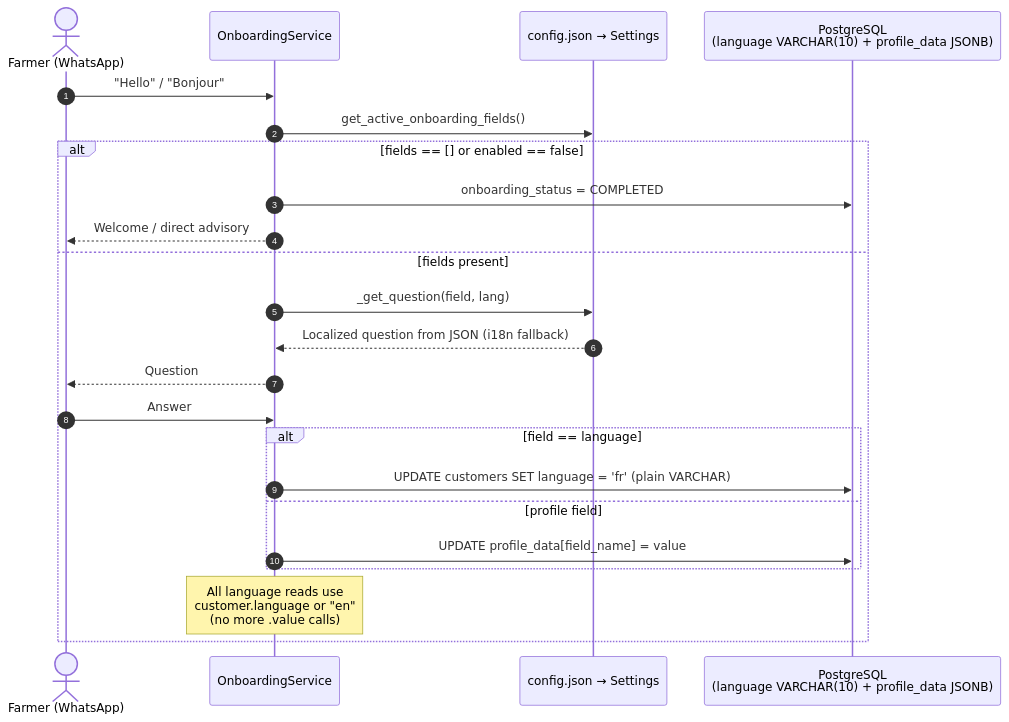
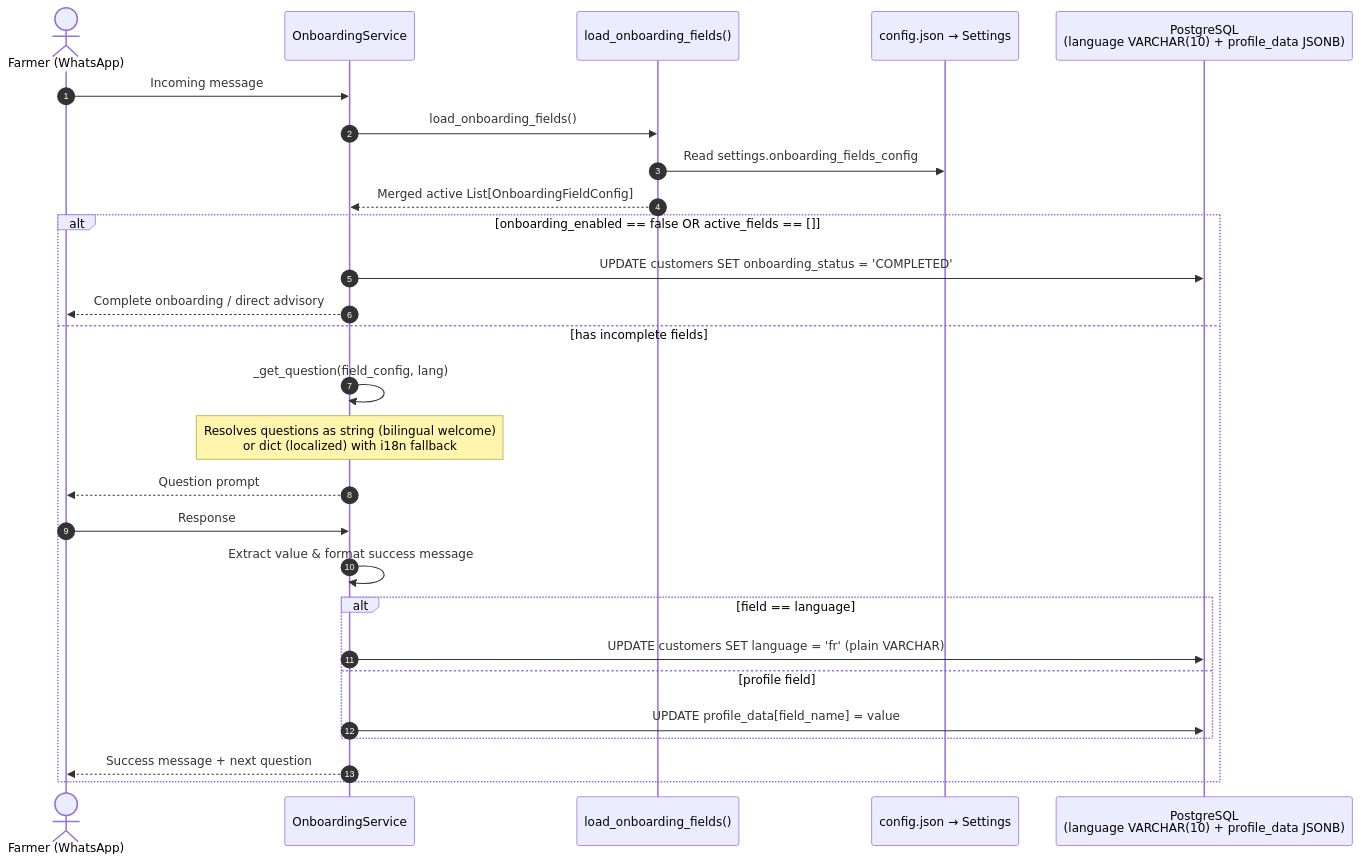
One commit to akvo/agriconnect changed the diagram in docs/CONFIGURABLE_ONBOARDING_QUESTIONS.md. Above: the diagram before and after it, drawn with Mermaid. The commit also changed other lines of this file, not shown here.

Commit message:
[#185] docs(onboarding): update configurable onboarding questions and JSON schema spec

````diff
--- a/docs/CONFIGURABLE_ONBOARDING_QUESTIONS.md
+++ b/docs/CONFIGURABLE_ONBOARDING_QUESTIONS.md
@@ -54,26 +224,31 @@
 ```mermaid
 sequenceDiagram
     autonumber
     actor Farmer as Farmer (WhatsApp)
     participant OS as OnboardingService
+    participant Loader as load_onboarding_fields()
     participant Cfg as config.json → Settings
     participant DB as PostgreSQL<br/>(language VARCHAR(10) + profile_data JSONB)
 
-    Farmer->>OS: "Hello" / "Bonjour"
-    OS->>Cfg: get_active_onboarding_fields()
-    alt fields == [] or enabled == false
-        OS->>DB: onboarding_status = COMPLETED
-        OS-->>Farmer: Welcome / direct advisory
-    else fields present
-        OS->>Cfg: _get_question(field, lang)
-        Cfg-->>OS: Localized question from JSON (i18n fallback)
-        OS-->>Farmer: Question
-        Farmer->>OS: Answer
+    Farmer->>OS: Incoming message
+    OS->>Loader: load_onboarding_fields()
+    Loader->>Cfg: Read settings.onboarding_fields_config
+    Loader-->>OS: Merged active List[OnboardingFieldConfig]
+
+    alt onboarding_enabled == false OR active_fields == []
+        OS->>DB: UPDATE customers SET onboarding_status = 'COMPLETED'
+        OS-->>Farmer: Complete onboarding / direct advisory
+    else has incomplete fields
+        OS->>OS: _get_question(field_config, lang)
+        Note over OS: Resolves questions as string (bilingual welcome)<br/>or dict (localized) with i18n fallback
+        OS-->>Farmer: Question prompt
+        Farmer->>OS: Response
+        OS->>OS: Extract value & format success message
         alt field == language
             OS->>DB: UPDATE customers SET language = 'fr' (plain VARCHAR)
         else profile field
             OS->>DB: UPDATE profile_data[field_name] = value
         end
-        Note over OS: All language reads use<br/>customer.language or "en"<br/>(no more .value calls)
+        OS-->>Farmer: Success message + next question
     end
 ```
````
